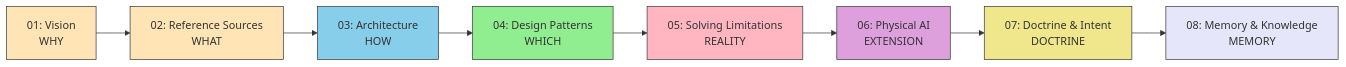
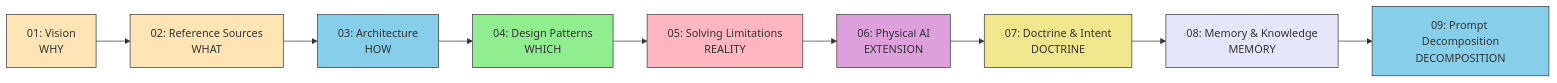
One commit to shuji-bonji/ai-agent-architecture changed the first of 2 diagrams in docs/concepts/index.md. Above: the diagram before and after it, drawn with Mermaid. The commit also changed other lines of this file and 7 other files, not shown here.

````diff
--- a/docs/concepts/index.md
+++ b/docs/concepts/index.md
@@ -7,22 +7,24 @@
 ```mermaid
 flowchart LR
     V["01: Vision<br/>WHY"]
     R["02: Reference Sources<br/>WHAT"]
     A["03: Architecture<br/>HOW"]
     D["04: Design Patterns<br/>WHICH"]
     S["05: Solving Limitations<br/>REALITY"]
     P["06: Physical AI<br/>EXTENSION"]
     DOC["07: Doctrine & Intent<br/>DOCTRINE"]
     M["08: Memory & Knowledge<br/>MEMORY"]
+    PD["09: Prompt Decomposition<br/>DECOMPOSITION"]
 
-    V --> R --> A --> D --> S --> P --> DOC --> M
+    V --> R --> A --> D --> S --> P --> DOC --> M --> PD
 
     style V fill:#FFE4B5,color:#333,stroke:#333
     style R fill:#FFE4B5,color:#333,stroke:#333
     style A fill:#87CEEB,color:#333,stroke:#333
     style D fill:#90EE90,color:#333,stroke:#333
     style S fill:#FFB6C1,color:#333,stroke:#333
     style P fill:#DDA0DD,color:#333,stroke:#333
     style DOC fill:#F0E68C,color:#333,stroke:#333
     style M fill:#E6E6FA,color:#333,stroke:#333
+    style PD fill:#87CEEB,color:#333,stroke:#333
 ```
````
